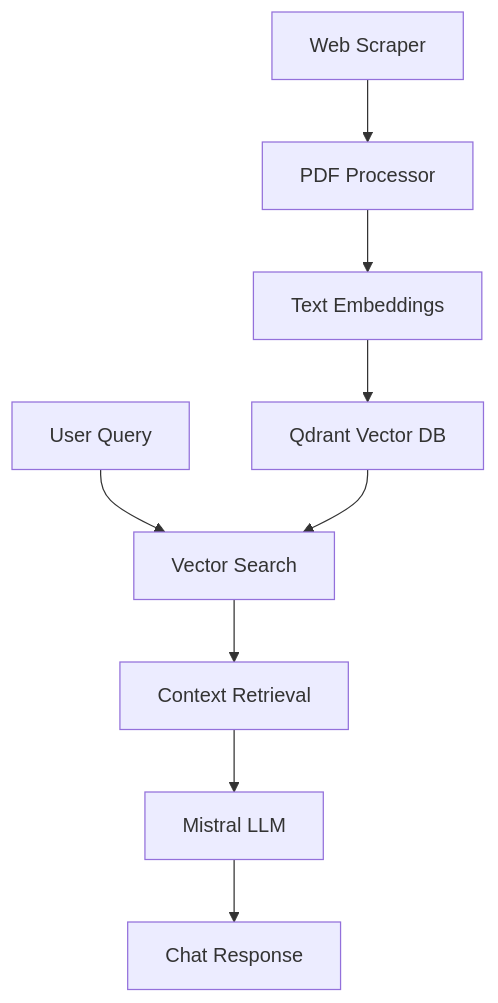
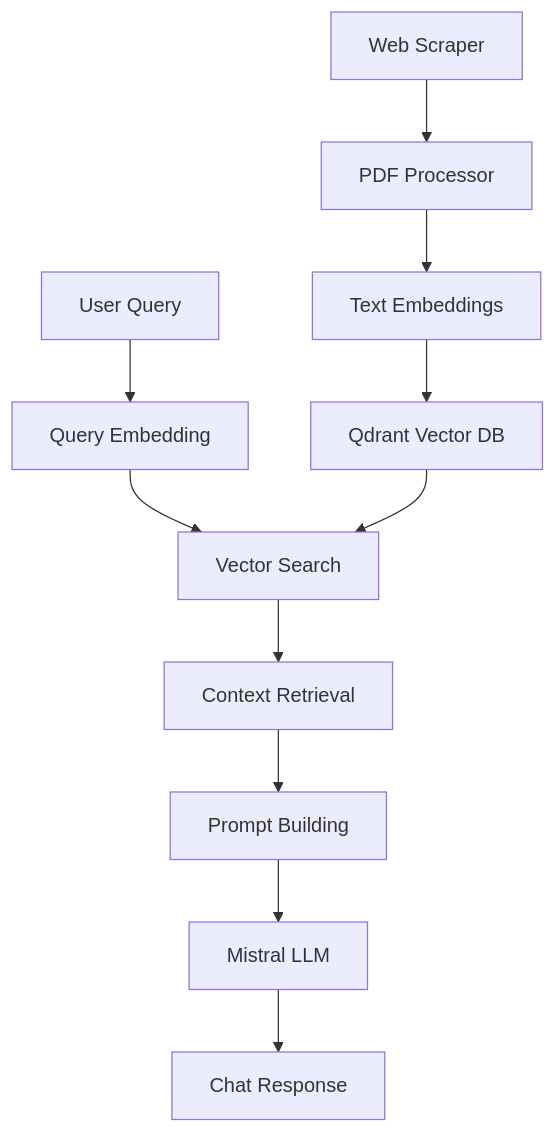
Before and after one commit to eydandash/cib_bot: the diagram in README.md, drawn with Mermaid. The commit also changed other lines of this file and 2 other files, not shown here.

````diff
--- a/README.md
+++ b/README.md
@@ -127,11 +137,13 @@
 ```mermaid
 graph TB
     A[Web Scraper] --> B[PDF Processor]
     B --> C[Text Embeddings]
     C --> D[Qdrant Vector DB]
-    E[User Query] --> F[Vector Search]
-    D --> F
-    F --> G[Context Retrieval]
-    G --> H[Mistral LLM]
-    H --> I[Chat Response]
+    E[User Query] --> F[Query Embedding]
+    F --> G[Vector Search]
+    D --> G
+    G --> H[Context Retrieval]
+    H --> I[Prompt Building]
+    I --> J[Mistral LLM]
+    J --> K[Chat Response]
 ```
````
